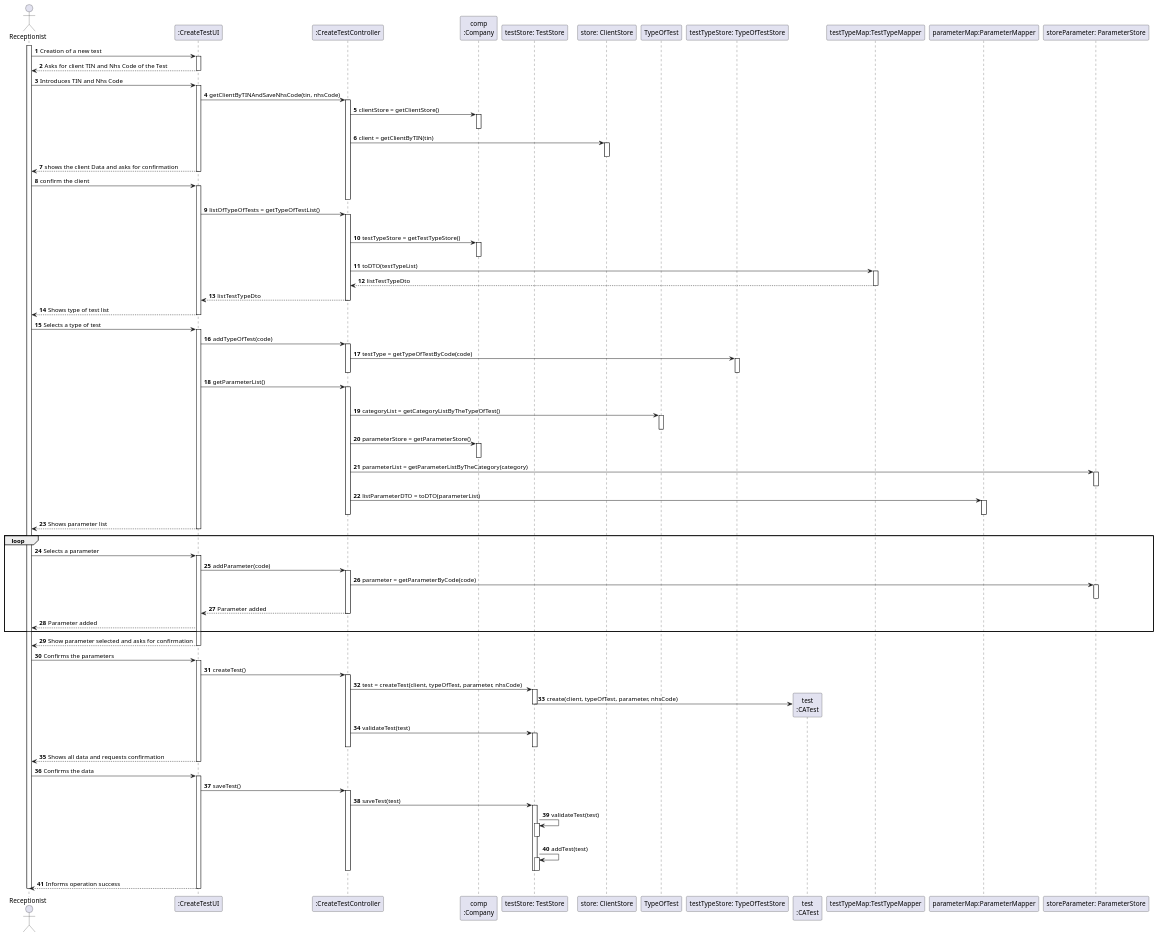
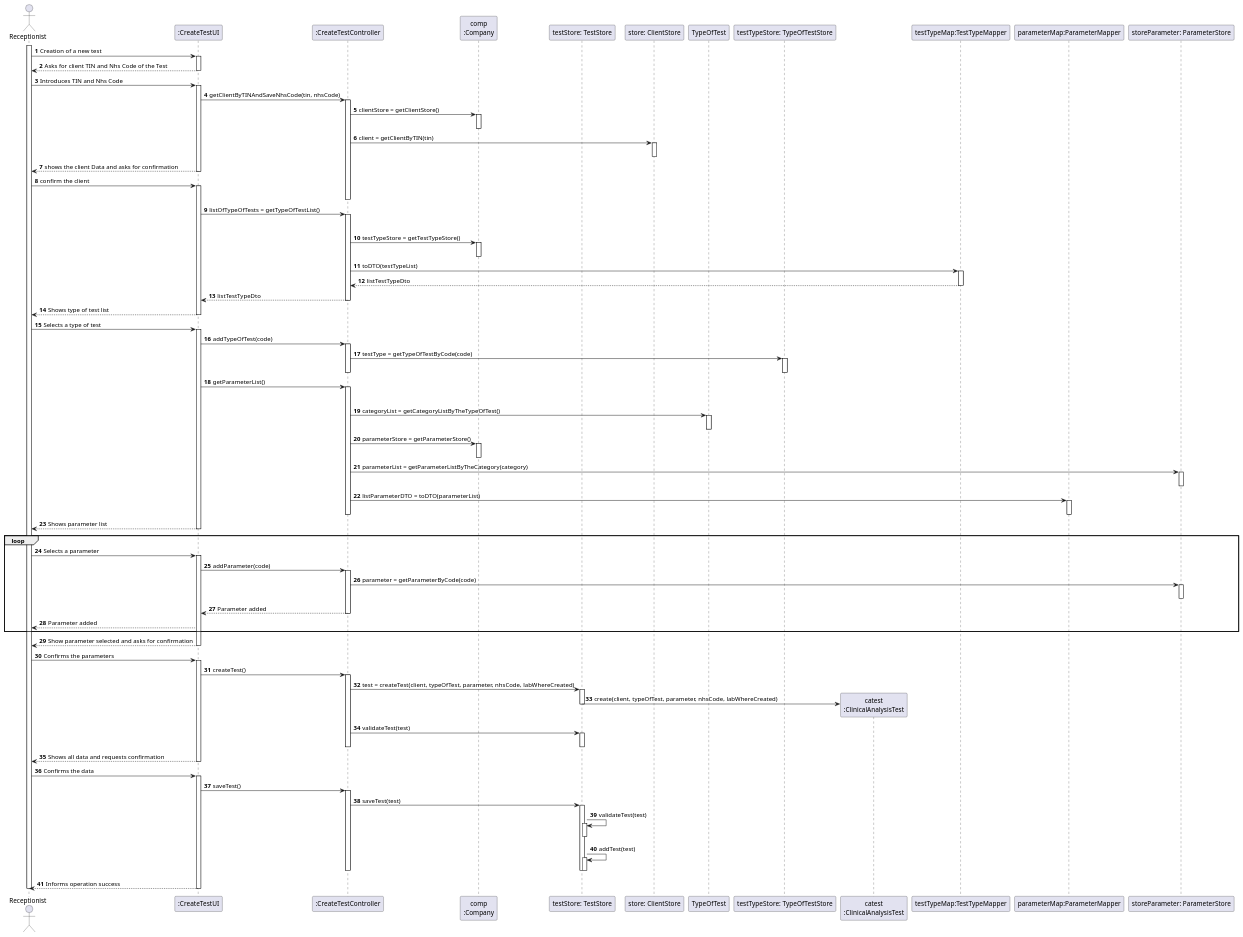
The diagram in docs/SprintD/US4/UC4_SD.puml (GuilhermeCunha79/lapr2), drawn with PlantUML before and after one commit. The commit also changed 10 other files, not shown here.

Commit message:
[US4] Update diagrams in US1 and update .md and diagrams in US4

```diff
--- a/docs/SprintD/US4/UC4_SD.puml
+++ b/docs/SprintD/US4/UC4_SD.puml
@@ -15,7 +15,7 @@
 
 participant "testTypeStore: TypeOfTestStore" as TTSTORE
 
-participant "test\n:CATest" as TEST
+participant "catest\n:ClinicalAnalysisTest" as TEST
 
 
 participant "testTypeMap:TestTypeMapper" as TMAPPER
@@ -155,10 +155,10 @@
 
 
 activate CTRL
-CTRL -> TSTORE : test = createTest(client, typeOfTest, parameter, nhsCode)
+CTRL -> TSTORE : test = createTest(client, typeOfTest, parameter, nhsCode, labWhereCreated)
 
 activate TSTORE
-  TSTORE -> TEST** : create(client, typeOfTest, parameter, nhsCode)
+  TSTORE -> TEST** : create(client, typeOfTest, parameter, nhsCode, labWhereCreated)
   activate TEST
 
 
```
